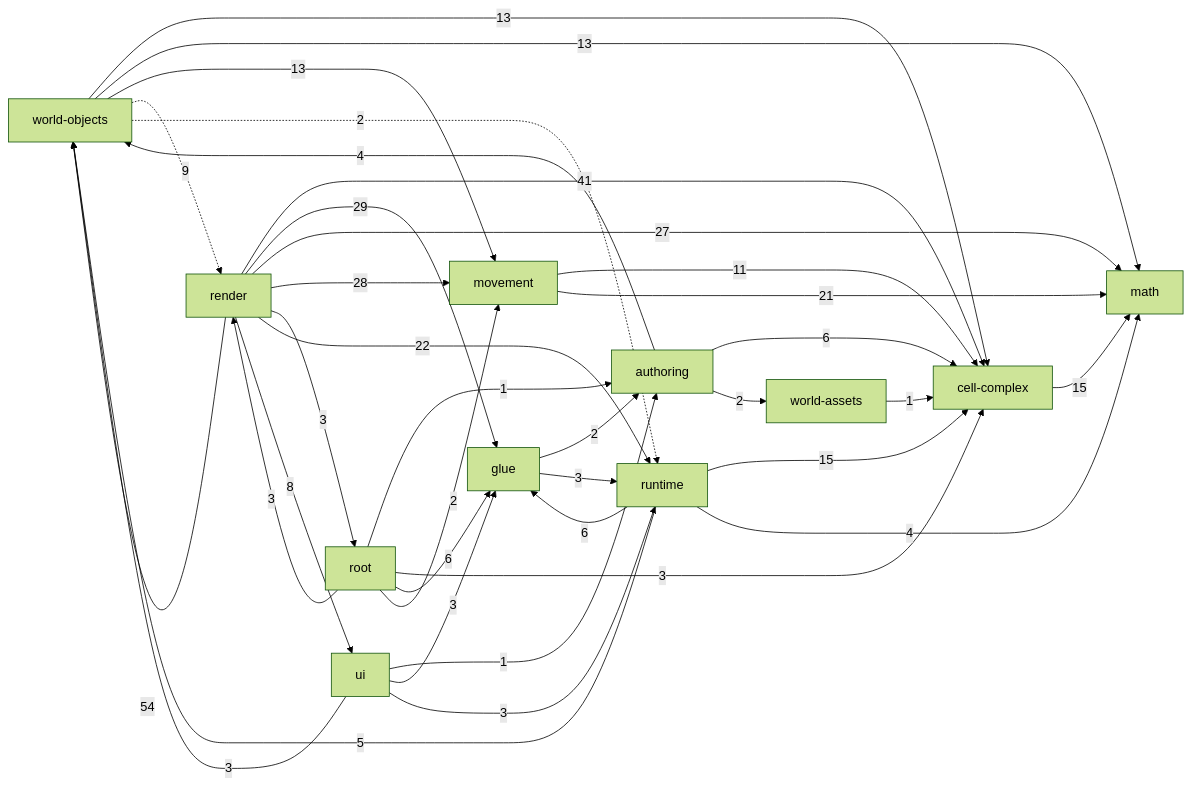
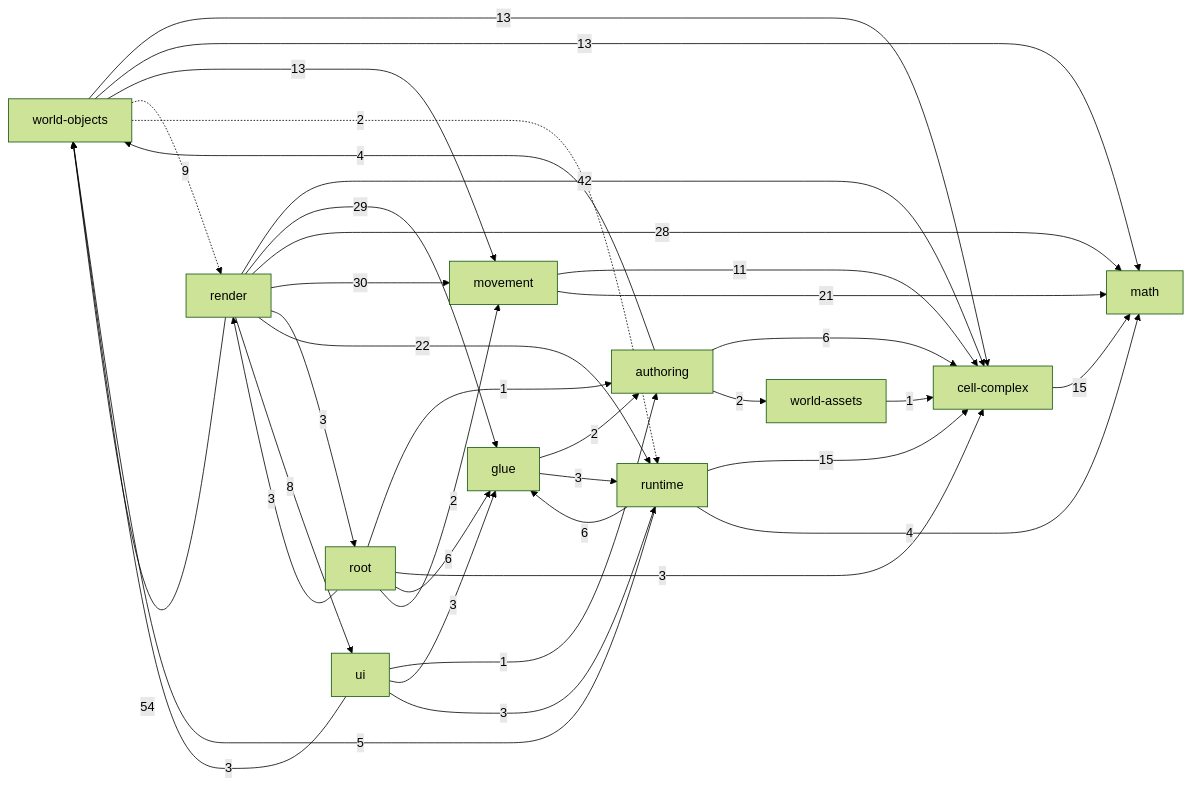
Before and after one commit to guraltsev/noneuclid-fpv: the diagram in _docs/generated/ARCHITECTURE_REFERENCE.md, drawn with Mermaid (forest theme). The commit also changed other lines of this file and 6 other files, not shown here.

````diff
--- a/_docs/generated/ARCHITECTURE_REFERENCE.md
+++ b/_docs/generated/ARCHITECTURE_REFERENCE.md
@@ -32,49 +32,49 @@
 ```mermaid
 flowchart LR
   math["math"]
   cell_complex["cell-complex"]
   movement["movement"]
   world_assets["world-assets"]
   world_objects["world-objects"]
   authoring["authoring"]
   runtime["runtime"]
   ui["ui"]
   glue["glue"]
   render["render"]
   root["root"]
   authoring -->|6| cell_complex
   authoring -->|2| world_assets
   authoring -->|4| world_objects
   cell_complex -->|15| math
   glue -->|2| authoring
   glue -->|3| runtime
   movement -->|11| cell_complex
   movement -->|21| math
-  render -->|41| cell_complex
+  render -->|42| cell_complex
   render -->|29| glue
-  render -->|27| math
-  render -->|28| movement
+  render -->|28| math
+  render -->|30| movement
   render -->|3| root
   render -->|22| runtime
   render -->|8| ui
   render -->|54| world_objects
   root -->|1| authoring
   root -->|3| cell_complex
   root -->|6| glue
   root -->|2| movement
   root -->|3| render
   runtime -->|15| cell_complex
   runtime -->|6| glue
   runtime -->|4| math
   runtime -->|5| world_objects
   ui -->|1| authoring
   ui -->|3| glue
   ui -->|3| runtime
   ui -->|3| world_objects
   world_assets -->|1| cell_complex
   world_objects -->|13| cell_complex
   world_objects -->|13| math
   world_objects -->|13| movement
   world_objects -.->|9| render
   world_objects -.->|2| runtime
 ```
````
